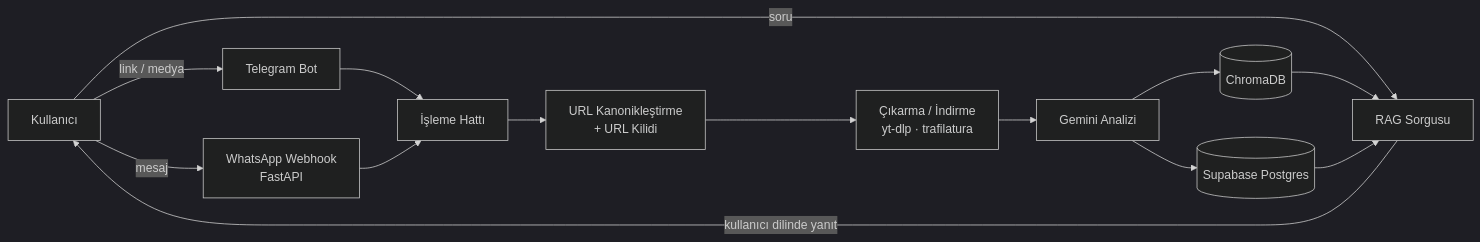
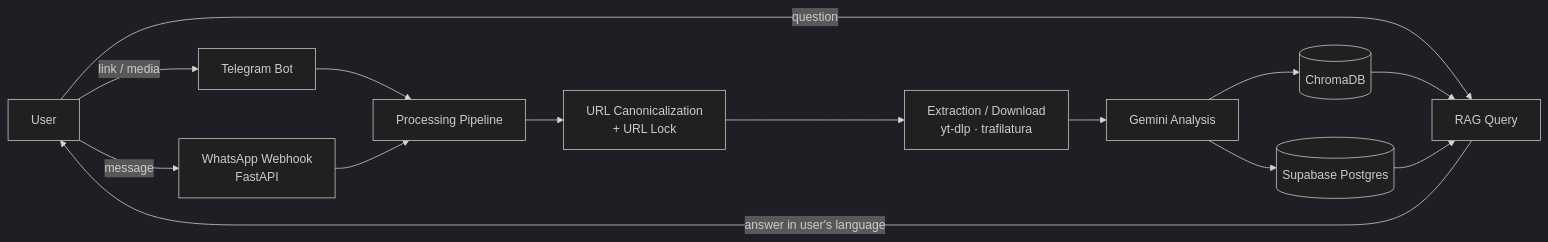
One commit to dev-berkdogan/Second-brain-bot changed the diagram in README.md. Above: the diagram before and after it, drawn with Mermaid (dark theme). The commit also changed other lines of this file, not shown here.

````diff
--- a/README.md
+++ b/README.md
@@ -19,16 +19,16 @@
 ```mermaid
 flowchart LR
-    U[Kullanıcı] -->|link / medya| TG[Telegram Bot]
-    U -->|mesaj| WA[WhatsApp Webhook<br/>FastAPI]
-    TG --> P[İşleme Hattı]
+    U[User] -->|link / media| TG[Telegram Bot]
+    U -->|message| WA[WhatsApp Webhook<br/>FastAPI]
+    TG --> P[Processing Pipeline]
     WA --> P
-    P --> N[URL Kanonikleştirme<br/>+ URL Kilidi]
-    N --> E[Çıkarma / İndirme<br/>yt-dlp · trafilatura]
-    E --> G[Gemini Analizi]
+    P --> N[URL Canonicalization<br/>+ URL Lock]
+    N --> E[Extraction / Download<br/>yt-dlp · trafilatura]
+    E --> G[Gemini Analysis]
     G --> DB[(Supabase Postgres)]
     G --> V[(ChromaDB)]
-    U -->|soru| R[RAG Sorgusu]
+    U -->|question| R[RAG Query]
     V --> R
     DB --> R
-    R -->|kullanıcı dilinde yanıt| U
+    R -->|answer in user's language| U
 ```
````
